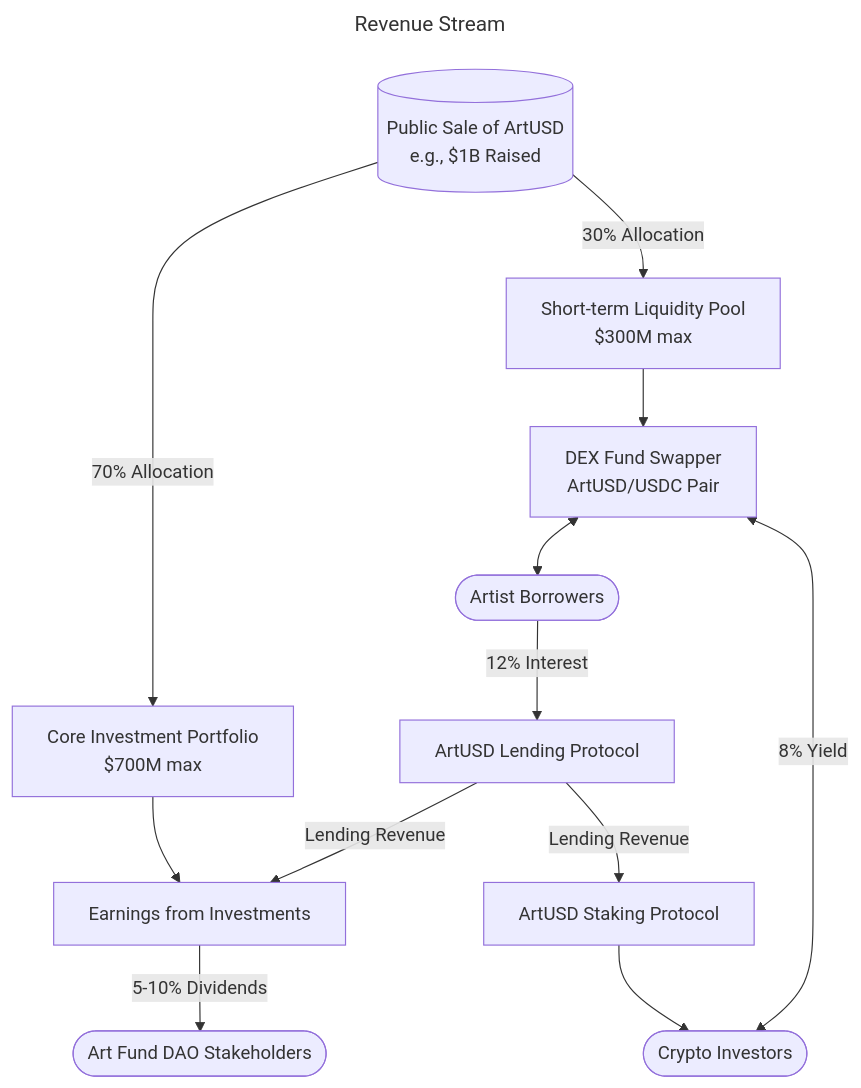
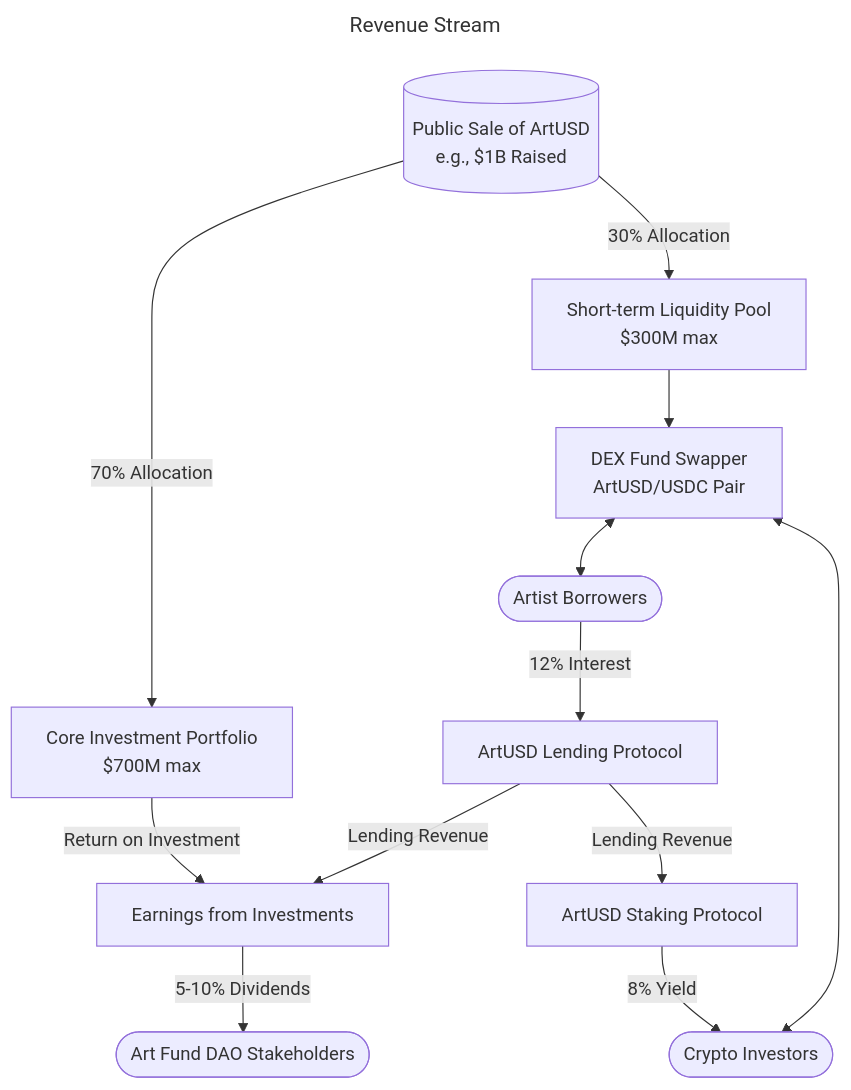
The first of 2 diagrams in ArtUSD Finance Protocol and Revenue Streams.md (realmatterio/ArtUSD), drawn with Mermaid before and after one commit.

Commit message:
Update ArtUSD Finance Protocol and Revenue Streams.md

````diff
--- a/ArtUSD Finance Protocol and Revenue Streams.md
+++ b/ArtUSD Finance Protocol and Revenue Streams.md
@@ -34,17 +34,17 @@
 ```mermaid
 ---
 title: Revenue Stream
 ---
 graph TD
     A[(Public Sale of ArtUSD<br>e.g., $1B Raised)] -->|70% Allocation| B[Core Investment Portfolio<br>$700M max]
     A -->|30% Allocation| C[Short-term Liquidity Pool<br>$300M max]
-    B --> D[Earnings from Investments]
+    B --> |Return on Investment| D[Earnings from Investments]
     D -->|5-10% Dividends| E([Art Fund DAO Stakeholders])
     F[ArtUSD Lending Protocol] -->|Lending Revenue| D
     F -->|Lending Revenue| G[ArtUSD Staking Protocol]
-    G --> H([Crypto Investors])
+    G --> |8% Yield| H([Crypto Investors])
     C --> I[DEX Fund Swapper<br>ArtUSD/USDC Pair]
-    I <--> |8% Yield| H
+    I <--> H
     I <--> J([Artist Borrowers])
     J --> |12% Interest| F
 ```
````
